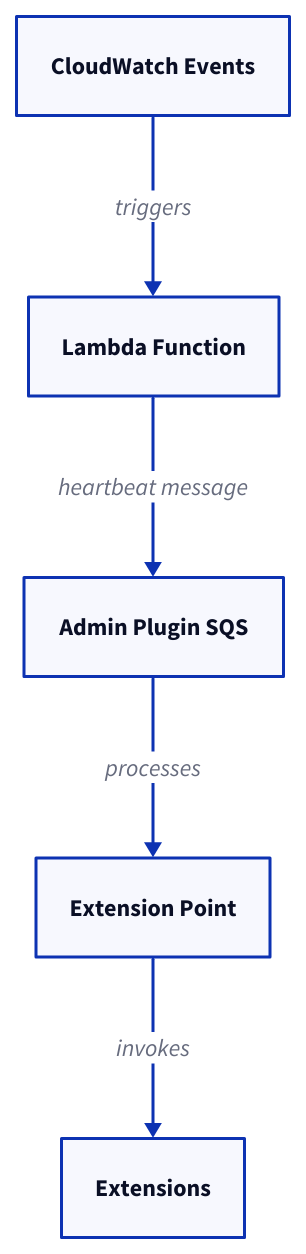
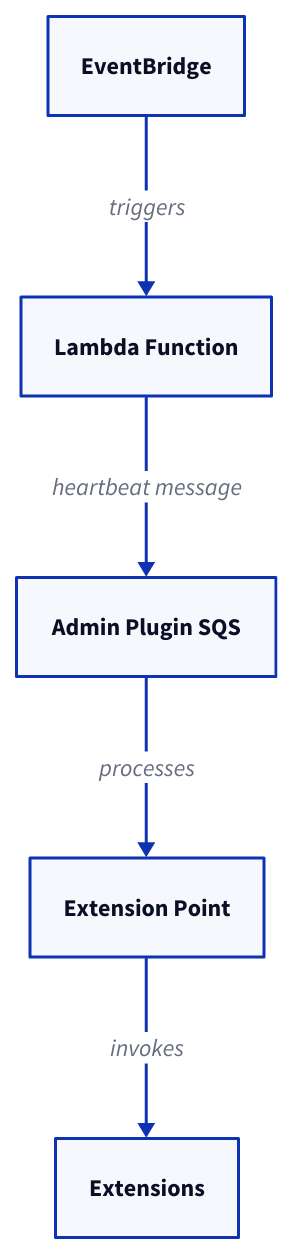
Before and after one commit to ReventlessDev/reventless-core: the first of 3 diagrams in packages/doc/docs-framework/runtime-components/heartbeat.md, drawn with D2. The commit also changed other lines of this file and 35 other files, not shown here.

````diff
--- a/packages/doc/docs-framework/runtime-components/heartbeat.md
+++ b/packages/doc/docs-framework/runtime-components/heartbeat.md
@@ -15,12 +15,12 @@
 ```d2
-CloudWatch: CloudWatch Events { class: aws-service }
+CloudWatch: EventBridge { class: aws-service }
 Lambda: Lambda Function { class: aws-service }
 AdminSQS: Admin Plugin SQS { class: plugin }
 ExtensionPoint: Extension Point { class: extension-point }
 Extensions: Extensions { class: extension }
 
 CloudWatch -> Lambda: triggers
 Lambda -> AdminSQS: heartbeat message
 AdminSQS -> ExtensionPoint: processes
 ExtensionPoint -> Extensions: invokes
 ```
````
